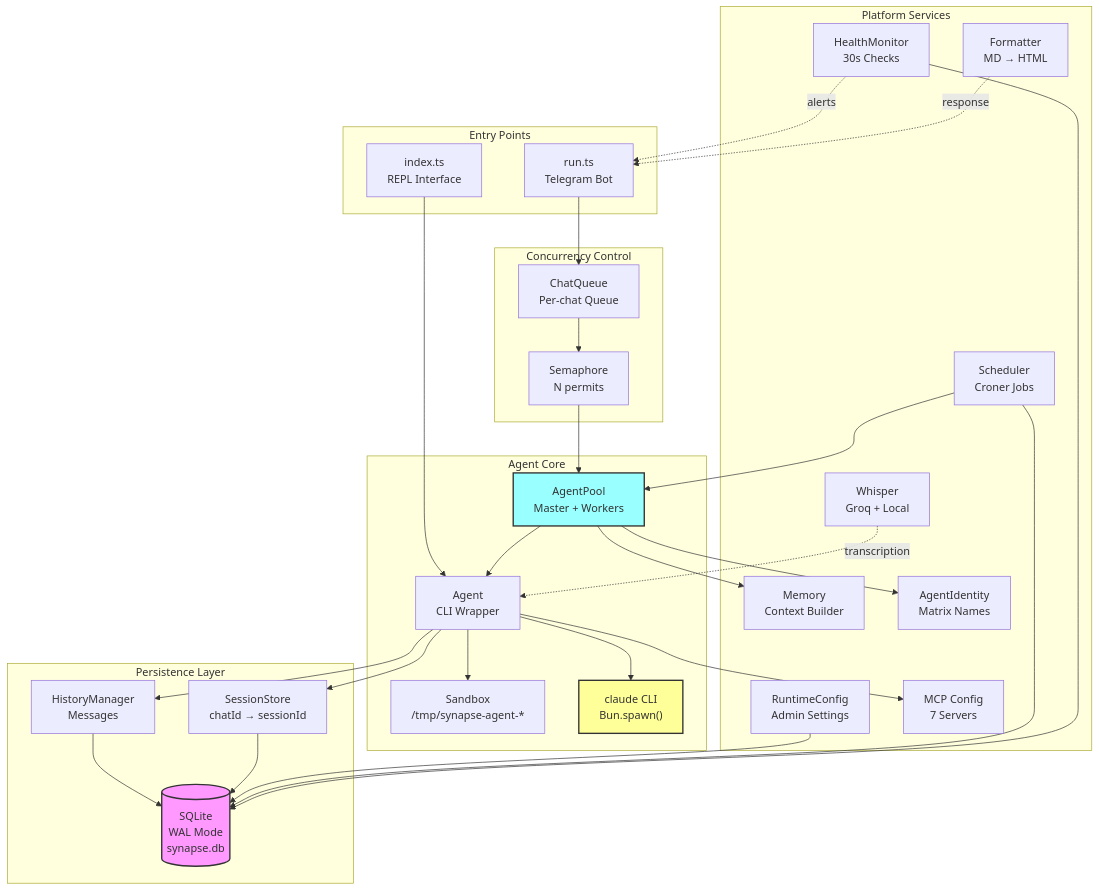
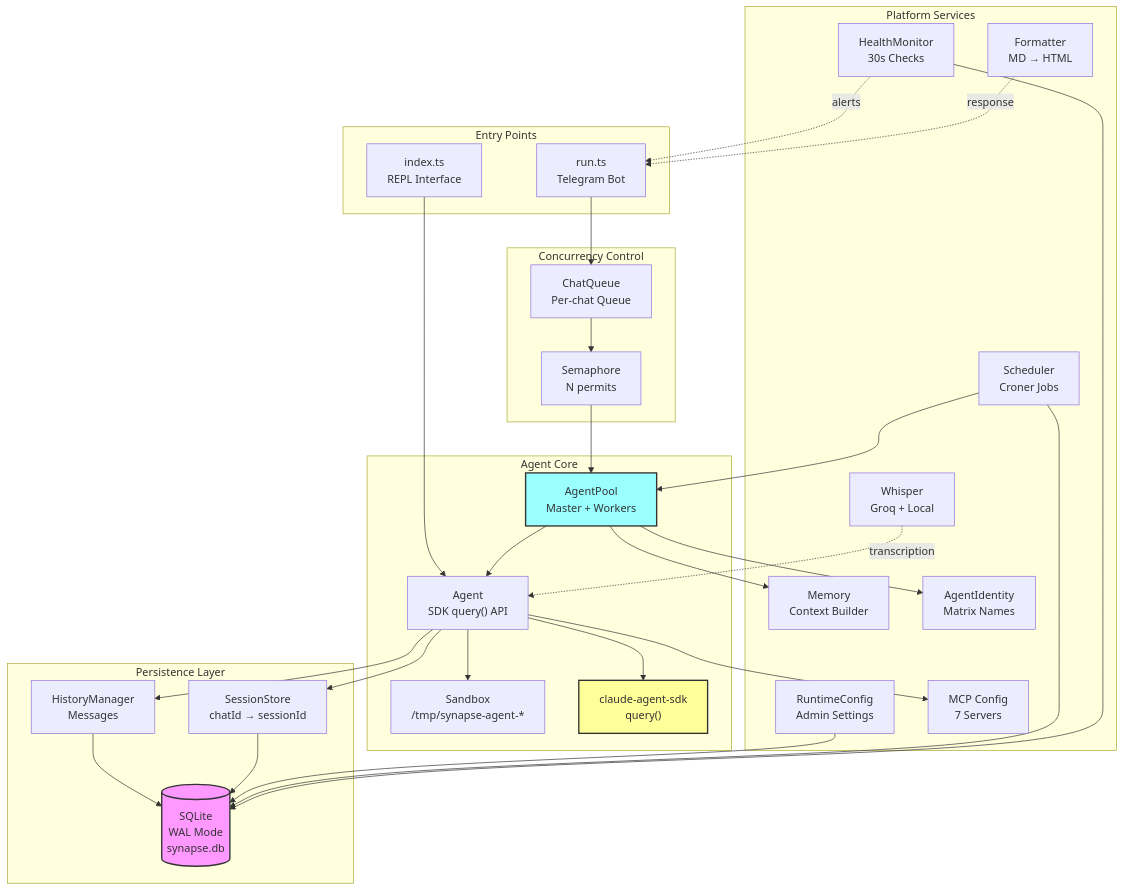
The first of 12 diagrams in docs/ARCHITECTURE.md (egeominotti/Synapse), drawn with Mermaid before and after one commit. The commit also changed other lines of this file and 16 other files, not shown here.

````diff
--- a/docs/ARCHITECTURE.md
+++ b/docs/ARCHITECTURE.md
@@ -24,62 +24,62 @@
 ```mermaid
 graph TB
     subgraph Entry["Entry Points"]
         REPL["index.ts<br/>REPL Interface"]
         TG["run.ts<br/>Telegram Bot"]
     end
 
     subgraph Core["Agent Core"]
         AP["AgentPool<br/>Master + Workers"]
-        AG["Agent<br/>CLI Wrapper"]
+        AG["Agent<br/>SDK query() API"]
         SB["Sandbox<br/>/tmp/synapse-agent-*"]
-        CLI["claude CLI<br/>Bun.spawn()"]
+        SDK["claude-agent-sdk<br/>query()"]
     end
 
     subgraph Concurrency["Concurrency Control"]
         CQ["ChatQueue<br/>Per-chat Queue"]
         SEM["Semaphore<br/>N permits"]
     end
 
     subgraph Persistence["Persistence Layer"]
         HM["HistoryManager<br/>Messages"]
         SS["SessionStore<br/>chatId → sessionId"]
         DB[("SQLite<br/>WAL Mode<br/>synapse.db")]
     end
 
     subgraph Services["Platform Services"]
         RC["RuntimeConfig<br/>Admin Settings"]
         SCH["Scheduler<br/>Croner Jobs"]
         HLT["HealthMonitor<br/>30s Checks"]
         FMT["Formatter<br/>MD → HTML"]
         MEM["Memory<br/>Context Builder"]
         MCP["MCP Config<br/>7 Servers"]
         WSP["Whisper<br/>Groq + Local"]
         ID["AgentIdentity<br/>Matrix Names"]
     end
 
     REPL --> AG
     TG --> CQ
     CQ --> SEM
     SEM --> AP
     AP --> AG
     AG --> SB
-    AG --> CLI
+    AG --> SDK
     AG --> HM
     AG --> SS
     HM --> DB
     SS --> DB
     RC --> DB
     SCH --> DB
     SCH --> AP
     HLT --> DB
     HLT -.->|alerts| TG
     AP --> MEM
     AP --> ID
     AG --> MCP
     WSP -.->|transcription| AG
     FMT -.->|response| TG
 
     style DB fill:#f9f,stroke:#333,stroke-width:2px
-    style CLI fill:#ff9,stroke:#333,stroke-width:2px
+    style SDK fill:#ff9,stroke:#333,stroke-width:2px
     style AP fill:#9ff,stroke:#333,stroke-width:2px
 ```
````
